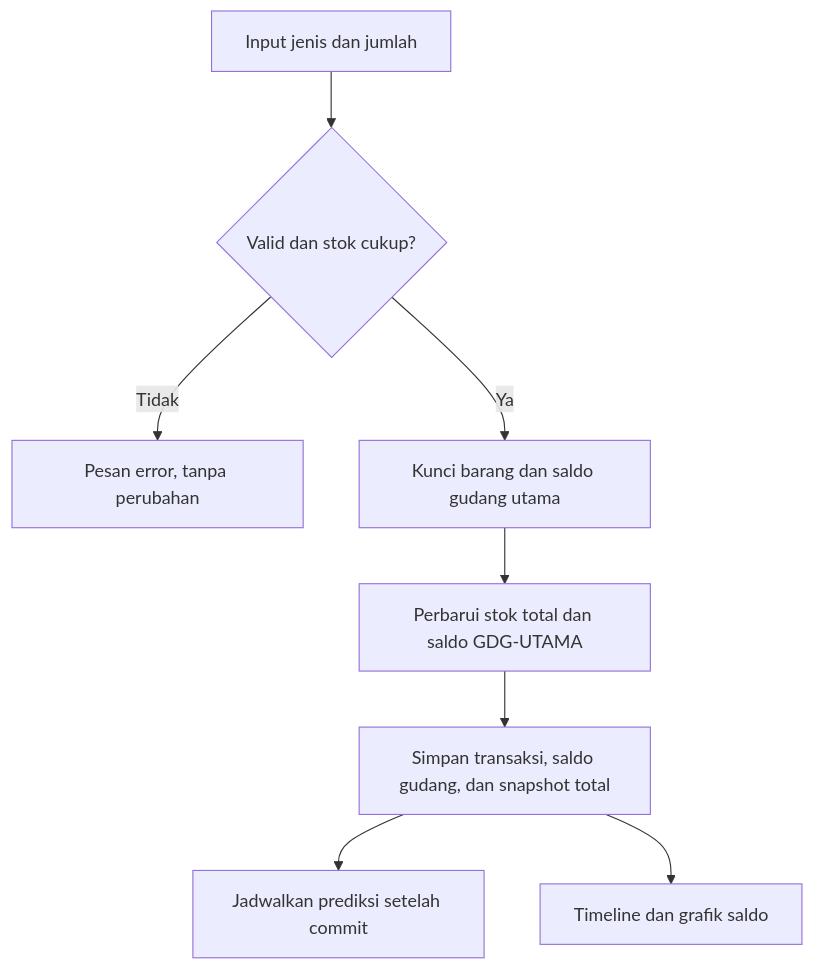
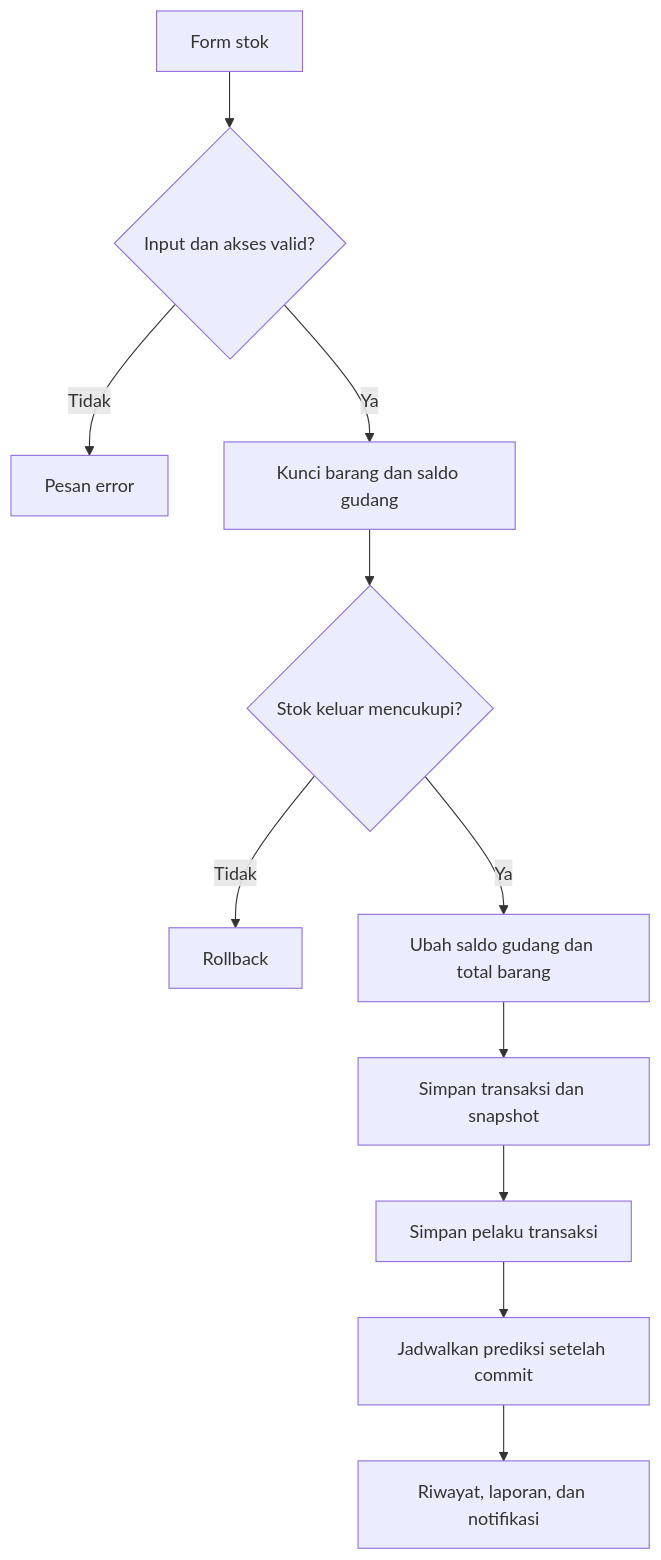
Before and after one commit to raisazahra14/belajar-laravel-bcs: the third of 6 diagrams in docs/PETA_KONSEP_LOGISTIKKU.md, drawn with Mermaid. The commit also changed other lines of this file and 14 other files, not shown here.

````diff
--- a/docs/PETA_KONSEP_LOGISTIKKU.md
+++ b/docs/PETA_KONSEP_LOGISTIKKU.md
@@ -56,10 +73,13 @@
 ```mermaid
 flowchart TD
-    F[Input jenis dan jumlah] --> V{Valid dan stok cukup?}
-    V -- Tidak --> E[Pesan error, tanpa perubahan]
-    V -- Ya --> L[Kunci barang dan saldo gudang utama]
-    L --> B[Perbarui stok total dan saldo GDG-UTAMA]
-    B --> T[Simpan transaksi, saldo gudang, dan snapshot total]
-    T --> P[Jadwalkan prediksi setelah commit]
-    T --> H[Timeline dan grafik saldo]
+    F[Form stok] --> V{Input dan akses valid?}
+    V -- Tidak --> E[Pesan error]
+    V -- Ya --> L[Kunci barang dan saldo gudang]
+    L --> C{Stok keluar mencukupi?}
+    C -- Tidak --> R[Rollback]
+    C -- Ya --> U[Ubah saldo gudang dan total barang]
+    U --> T[Simpan transaksi dan snapshot]
+    T --> A[Simpan pelaku transaksi]
+    A --> P[Jadwalkan prediksi setelah commit]
+    P --> H[Riwayat, laporan, dan notifikasi]
 ```
````
